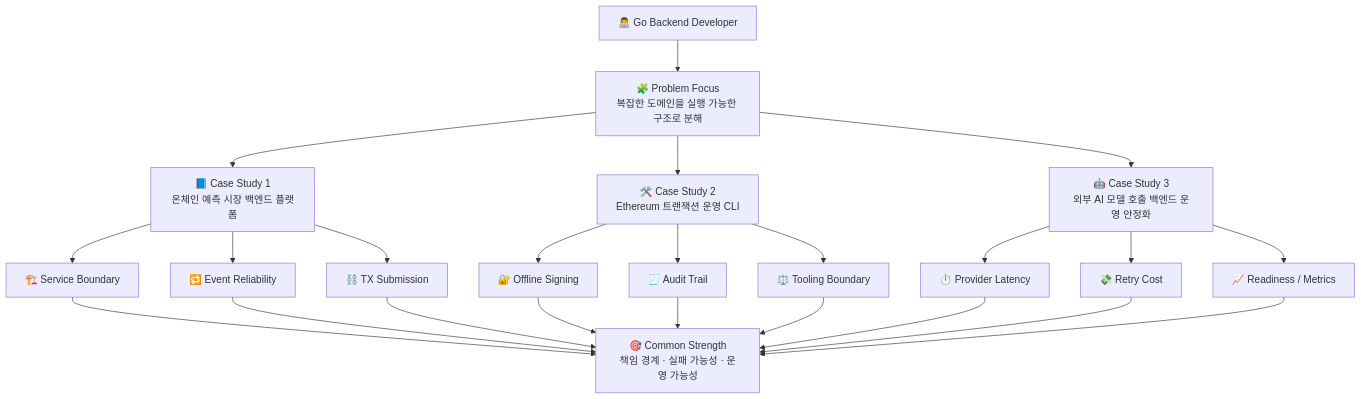
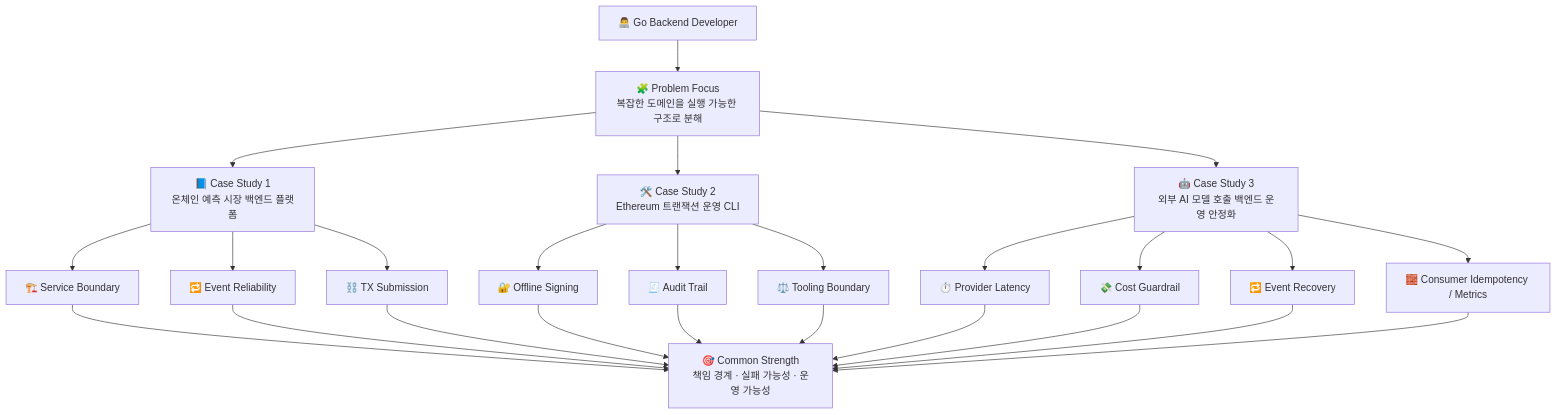
Before and after one commit to bang9ming9/bang9ming9: the first of 6 diagrams in README.md, drawn with Mermaid. The commit also changed other lines of this file and 1 other file, not shown here.

````diff
--- a/README.md
+++ b/README.md
@@ -27,29 +27,31 @@
 ```mermaid
 flowchart TD
     A[👨‍💻 Go Backend Developer] --> B[🧩 Problem Focus<br/>복잡한 도메인을 실행 가능한 구조로 분해]
     B --> C[📘 Case Study 1<br/>온체인 예측 시장 백엔드 플랫폼]
     B --> D[🛠️ Case Study 2<br/>Ethereum 트랜잭션 운영 CLI]
     B --> E[🤖 Case Study 3<br/>외부 AI 모델 호출 백엔드 운영 안정화]
 
     C --> C1[🏗️ Service Boundary]
     C --> C2[🔁 Event Reliability]
     C --> C3[⛓️ TX Submission]
 
     D --> D1[🔐 Offline Signing]
     D --> D2[🧾 Audit Trail]
     D --> D3[⚖️ Tooling Boundary]
 
     E --> E1[⏱️ Provider Latency]
-    E --> E2[💸 Retry Cost]
-    E --> E3[📈 Readiness / Metrics]
+    E --> E2[💸 Cost Guardrail]
+    E --> E3[🔁 Event Recovery]
+    E --> E4[🧱 Consumer Idempotency / Metrics]
 
     C1 --> F[🎯 Common Strength<br/>책임 경계 · 실패 가능성 · 운영 가능성]
     C2 --> F
     C3 --> F
     D1 --> F
     D2 --> F
     D3 --> F
     E1 --> F
     E2 --> F
     E3 --> F
+    E4 --> F
 ```
````
